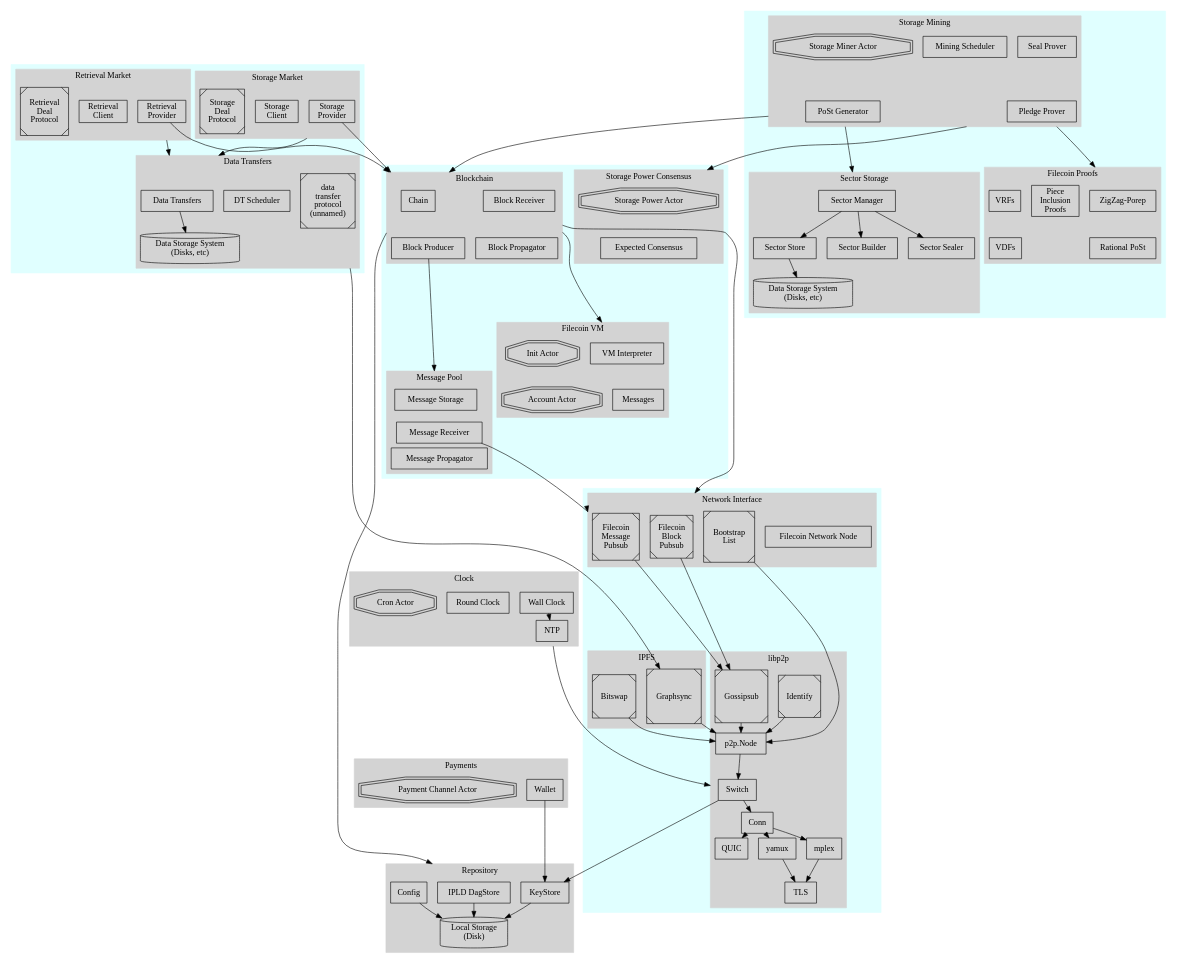
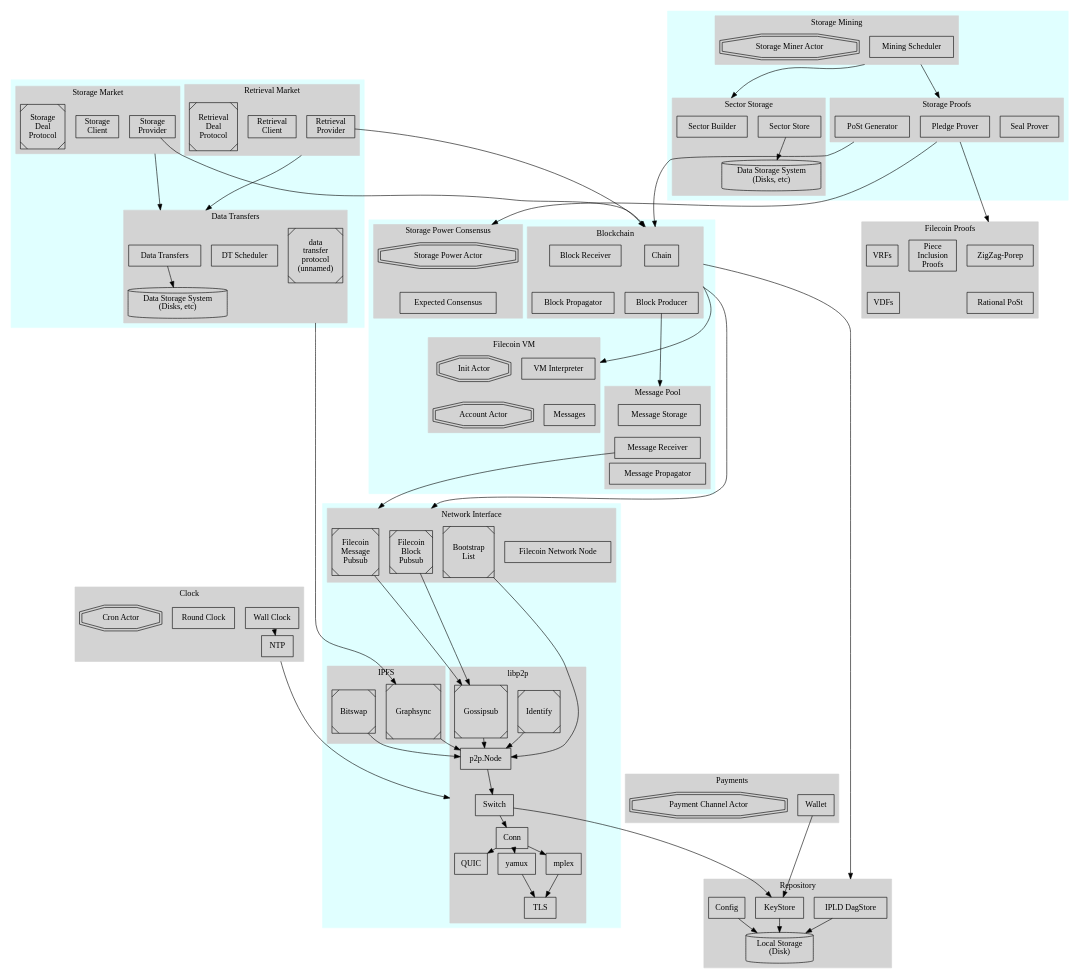
Before and after one commit to filecoin-project/specs: the diagram in diagrams/overview1/overview.dot, drawn with Graphviz.

Commit message:
updated diag

```diff
--- a/diagrams/overview1/overview.dot
+++ b/diagrams/overview1/overview.dot
@@ -171,9 +171,6 @@
 
       { // components
         node [shape=box]
-        "Seal Prover"
-        "PoSt Generator"
-        "Pledge Prover"
         "Mining Scheduler"
       }
 
@@ -181,9 +178,6 @@
         node [shape=doubleoctagon]
         "Storage Miner Actor"
       }
-
-      "Storage Miner Actor" -> "PoSt Generator" [style=invis]
-      "Seal Prover" -> "Pledge Prover" [style=invis]
     }
 
     subgraph cluster_sectorstorage {
@@ -193,37 +187,48 @@
 
       { // components
         node [shape=box]
-        "Sector Manager"
         "Sector Store"
         "Sector Builder"
-        "Sector Sealer"
       }
       "Disks" [shape=cylinder, label="Data Storage System\n(Disks, etc)"]
 
-      "Sector Manager" -> "Sector Store"
-      "Sector Manager" -> "Sector Builder"
-      "Sector Manager" -> "Sector Sealer"
+      "Sector Store"
+      "Sector Builder"
       "Sector Store" -> "Disks"
     }
 
-    subgraph cluster_filproofs {
+    subgraph cluster_filproofs_subsystem {
       style=filled
       color=lightgrey
-      label = "Filecoin Proofs"
+      label = "Storage Proofs"
 
       { // components
         node [shape=box]
-        "ZigZag-Porep"
-        "Rational PoSt"
-        "Piece Inclusion Proofs" [label="Piece\nInclusion\nProofs"]
-        "VRFs"
-        "VDFs"
-      }
-
-      "ZigZag-Porep" -> "Rational PoSt" [style=invis]
-      VRFs -> VDFs [style=invis]
+        "Seal Prover"
+        "PoSt Generator"
+        "Pledge Prover"
+      } 
     }
   }
+    
+  subgraph cluster_filproofs_lib {
+    style=filled
+    color=lightgrey
+    label = "Filecoin Proofs"
+
+    { // components
+      node [shape=box]
+      "ZigZag-Porep"
+      "Rational PoSt"
+      "Piece Inclusion Proofs" [label="Piece\nInclusion\nProofs"]
+      "VRFs"
+      "VDFs"
+    }
+
+    "ZigZag-Porep" -> "Rational PoSt" [style=invis]
+    VRFs -> VDFs [style=invis]
+  }
+ 
 
   subgraph cluster_clock {
     style=filled
@@ -343,16 +348,17 @@
   // cross module links
   {
     edge [minlen=3]
-    "PoSt Generator" -> "Sector Manager" [ltail=cluster_storagemining,lhead=cluster_sectorstorage]
     "Chain" -> "VM Interpreter" [ltail=cluster_blockchain, lhead=cluster_vm]
     // "Message Pool" -> "Messages" [ltail=cluster_messagepool]
     // "Chain" -> "Expected Consensus" [ltail=cluster_blockchain, lhead=cluster_storagepowerconsensus]
-    "Pledge Prover" -> "Storage Power Actor" [ltail=cluster_storagemining, lhead=cluster_storagepowerconsensus]
+    "Pledge Prover" -> "Storage Power Actor" [ltail=cluster_filproofs_subsystem, lhead=cluster_storagepowerconsensus]
     "Block Pubsub" -> "Gossipsub"
     "Message Pubsub" -> "Gossipsub"
     "Storage Provider" -> "Chain" [ltail=cluster_blockchain, lhead=cluster_blockchain]
     "Retrieval Provider" -> "Chain" [ltail=cluster_blockchain, lhead=cluster_blockchain]
-    "PoSt Generator" -> "Chain" [ltail=cluster_storagemining, lhead=cluster_blockchain]
+    "Mining Scheduler" -> "Pledge Prover" [ltail=cluster_storagemining, lhead=cluster_filproofs_subsystem]
+    "Mining Scheduler" -> "Sector Builder" [ltail=cluster_storagemining, lhead=cluster_sectorstorage]
+    "PoSt Generator" -> "Chain" [ltail=cluster_filproofs_subsystem, lhead=cluster_blockchain]
     "Chain" -> "IPLD DagStore" [ltail=cluster_blockchain, lhead=cluster_repository]
     "AuthSwap" -> "Graphsync" [ltail=cluster_datatransfers]
     "Storage Provider" -> "Data Transfers" [ltail=cluster_storagemarket, lhead=cluster_datatransfers]
@@ -364,7 +370,7 @@
     "NTP" -> "Switch" [ltail=cluster_clock, lhead=cluster_libp2p]
     "Bootstrap List" -> "p2p.Node"
     "Block Producer" -> "Message Storage" [lhead=cluster_messagepool]
-    "Pledge Prover" -> "ZigZag-Porep" [ltail=cluster_storagemining, lhead=cluster_filproofs]
+    "Pledge Prover" -> "ZigZag-Porep" [ltail=cluster_filproofs_subsystem, lhead=cluster_filproofs_lib]
     "Wallet" -> "KeyStore"
     // "Block Producer" -> "PoSt Generator" [style=dashed]
   }
```
